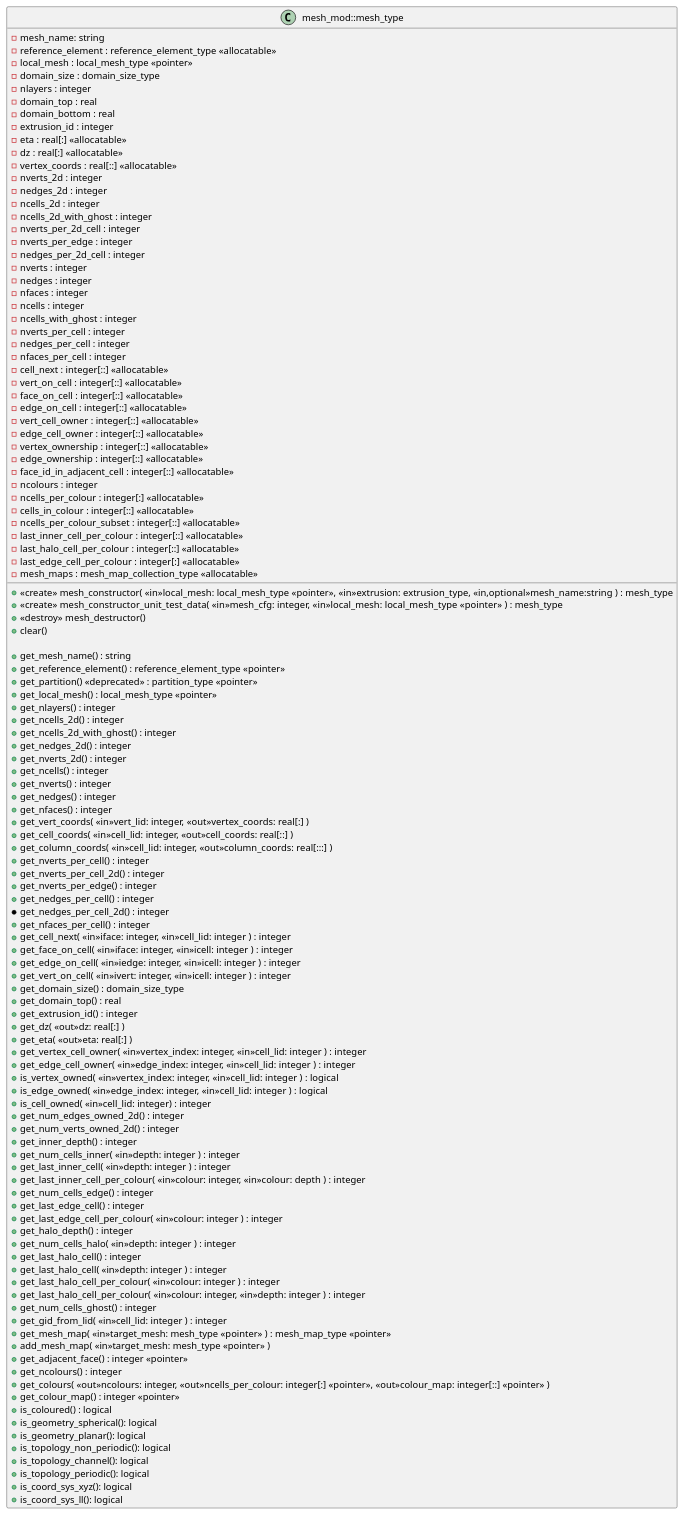
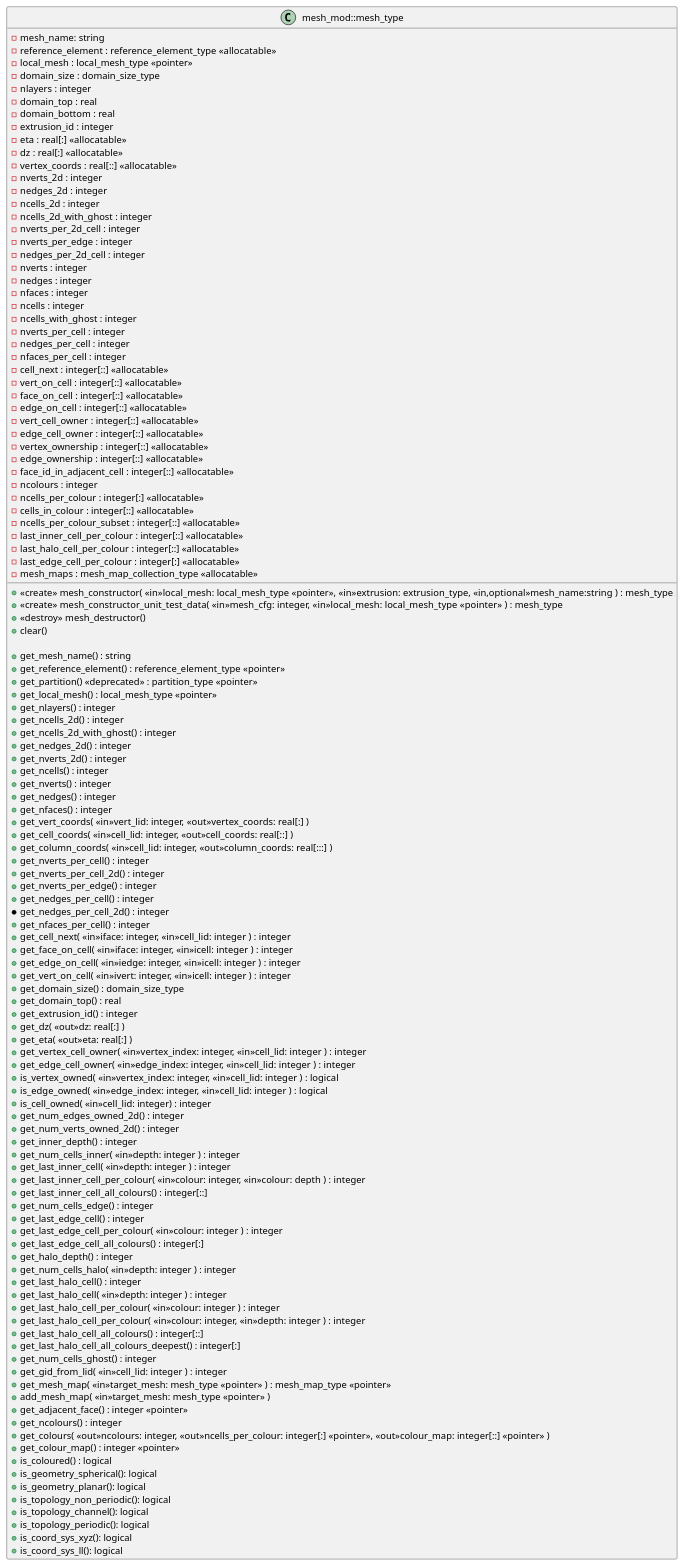
Before and after one commit to MetOffice/lfric_core: the diagram in infrastructure/documentation/uml/mesh/mesh_mod.iuml, drawn with PlantUML. The commit also changed 2 other files, not shown here.

```diff
--- a/infrastructure/documentation/uml/mesh/mesh_mod.iuml
+++ b/infrastructure/documentation/uml/mesh/mesh_mod.iuml
@@ -1,122 +1,126 @@
 ' Copyright (c) 2017,  Met Office, on behalf of HMSO and Queen's Printer
 ' For further details please refer to the file LICENCE.original which you
 ' should have received as part of this distribution.
 
 class mesh_mod::mesh_type {
   -mesh_name: string
   -reference_element : reference_element_type <<allocatable>>
   -local_mesh : local_mesh_type <<pointer>>
   -domain_size : domain_size_type
   -nlayers : integer
   -domain_top : real
   -domain_bottom : real
   -extrusion_id : integer
   -eta : real[:] <<allocatable>>
   -dz : real[:] <<allocatable>>
   -vertex_coords : real[::] <<allocatable>>
   -nverts_2d : integer
   -nedges_2d : integer
   -ncells_2d : integer
   -ncells_2d_with_ghost : integer
   -nverts_per_2d_cell : integer
   -nverts_per_edge : integer
   -nedges_per_2d_cell : integer
   -nverts : integer
   -nedges : integer
   -nfaces : integer
   -ncells : integer
   -ncells_with_ghost : integer
   -nverts_per_cell : integer
   -nedges_per_cell : integer
   -nfaces_per_cell : integer
   -cell_next : integer[::] <<allocatable>>
   -vert_on_cell : integer[::] <<allocatable>>
   -face_on_cell : integer[::] <<allocatable>>
   -edge_on_cell : integer[::] <<allocatable>>
   -vert_cell_owner : integer[::] <<allocatable>>
   -edge_cell_owner : integer[::] <<allocatable>>
   -vertex_ownership : integer[::] <<allocatable>>
   -edge_ownership : integer[::] <<allocatable>>
   -face_id_in_adjacent_cell : integer[::] <<allocatable>>
   -ncolours : integer
   -ncells_per_colour : integer[:] <<allocatable>>
   -cells_in_colour : integer[::] <<allocatable>>
   -ncells_per_colour_subset : integer[::] <<allocatable>>
   -last_inner_cell_per_colour : integer[::] <<allocatable>>
   -last_halo_cell_per_colour : integer[::] <<allocatable>>
   -last_edge_cell_per_colour : integer[:] <<allocatable>>
   -mesh_maps : mesh_map_collection_type <<allocatable>>
 
   +<<create>>  mesh_constructor( <<in>>local_mesh: local_mesh_type <<pointer>>, <<in>>extrusion: extrusion_type, <<in,optional>>mesh_name:string ) : mesh_type
   +<<create>>  mesh_constructor_unit_test_data( <<in>>mesh_cfg: integer, <<in>>local_mesh: local_mesh_type <<pointer>> ) : mesh_type
   +<<destroy>> mesh_destructor()
   +clear()
 
   +get_mesh_name() : string
   +get_reference_element() : reference_element_type <<pointer>>
   +get_partition() <<deprecated>> : partition_type <<pointer>>
   +get_local_mesh() : local_mesh_type <<pointer>>
   +get_nlayers() : integer
   +get_ncells_2d() : integer
   +get_ncells_2d_with_ghost() : integer
   +get_nedges_2d() : integer
   +get_nverts_2d() : integer
   +get_ncells() : integer
   +get_nverts() : integer
   +get_nedges() : integer
   +get_nfaces() : integer
   +get_vert_coords( <<in>>vert_lid: integer, <<out>>vertex_coords: real[:] )
   +get_cell_coords( <<in>>cell_lid: integer, <<out>>cell_coords: real[::] )
   +get_column_coords( <<in>>cell_lid: integer, <<out>>column_coords: real[:::] )
   +get_nverts_per_cell() : integer
   +get_nverts_per_cell_2d() : integer
   +get_nverts_per_edge() : integer
   +get_nedges_per_cell() : integer
   *get_nedges_per_cell_2d() : integer
   +get_nfaces_per_cell() : integer
   +get_cell_next( <<in>>iface: integer, <<in>>cell_lid: integer ) : integer
   +get_face_on_cell( <<in>>iface: integer, <<in>>icell: integer ) : integer
   +get_edge_on_cell( <<in>>iedge: integer, <<in>>icell: integer ) : integer
   +get_vert_on_cell( <<in>>ivert: integer, <<in>>icell: integer ) : integer
   +get_domain_size() : domain_size_type
   +get_domain_top() : real
   +get_extrusion_id() : integer
   +get_dz( <<out>>dz: real[:] )
   +get_eta( <<out>>eta: real[:] )
   +get_vertex_cell_owner( <<in>>vertex_index: integer, <<in>>cell_lid: integer ) : integer
   +get_edge_cell_owner( <<in>>edge_index: integer, <<in>>cell_lid: integer ) : integer
   +is_vertex_owned( <<in>>vertex_index: integer, <<in>>cell_lid: integer ) : logical
   +is_edge_owned( <<in>>edge_index: integer, <<in>>cell_lid: integer ) : logical
   +is_cell_owned( <<in>>cell_lid: integer) : integer
   +get_num_edges_owned_2d() : integer
   +get_num_verts_owned_2d() : integer
   +get_inner_depth() : integer
   +get_num_cells_inner( <<in>>depth: integer ) : integer
   +get_last_inner_cell( <<in>>depth: integer ) : integer
   +get_last_inner_cell_per_colour( <<in>>colour: integer, <<in>>colour: depth ) : integer
+  +get_last_inner_cell_all_colours() : integer[::]
   +get_num_cells_edge() : integer
   +get_last_edge_cell() : integer
   +get_last_edge_cell_per_colour( <<in>>colour: integer ) : integer
+  +get_last_edge_cell_all_colours() : integer[:]
   +get_halo_depth() : integer
   +get_num_cells_halo( <<in>>depth: integer ) : integer
   +get_last_halo_cell() : integer
   +get_last_halo_cell( <<in>>depth: integer ) : integer
   +get_last_halo_cell_per_colour( <<in>>colour: integer ) : integer
   +get_last_halo_cell_per_colour( <<in>>colour: integer, <<in>>depth: integer ) : integer
+  +get_last_halo_cell_all_colours() : integer[::]
+  +get_last_halo_cell_all_colours_deepest() : integer[:]
   +get_num_cells_ghost() : integer
   +get_gid_from_lid( <<in>>cell_lid: integer ) : integer
   +get_mesh_map( <<in>>target_mesh: mesh_type <<pointer>> ) : mesh_map_type <<pointer>>
   +add_mesh_map( <<in>>target_mesh: mesh_type <<pointer>> )
   +get_adjacent_face() : integer <<pointer>>
   +get_ncolours() : integer
   +get_colours( <<out>>ncolours: integer, <<out>>ncells_per_colour: integer[:] <<pointer>>, <<out>>colour_map: integer[::] <<pointer>> )
   +get_colour_map() : integer <<pointer>>
   +is_coloured() : logical
   +is_geometry_spherical(): logical
   +is_geometry_planar(): logical
   +is_topology_non_periodic(): logical
   +is_topology_channel(): logical
   +is_topology_periodic(): logical
   +is_coord_sys_xyz(): logical
   +is_coord_sys_ll(): logical
 }
```
